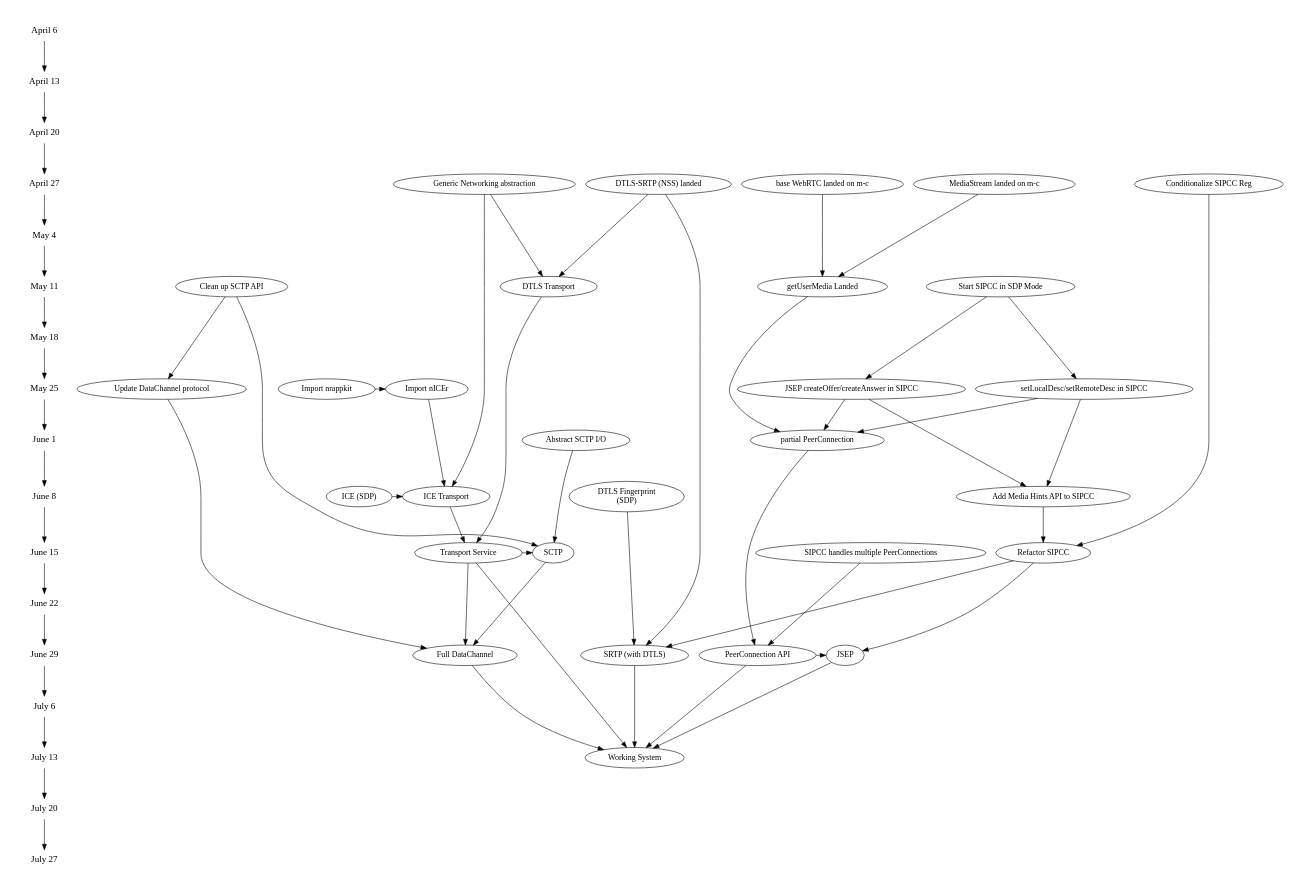
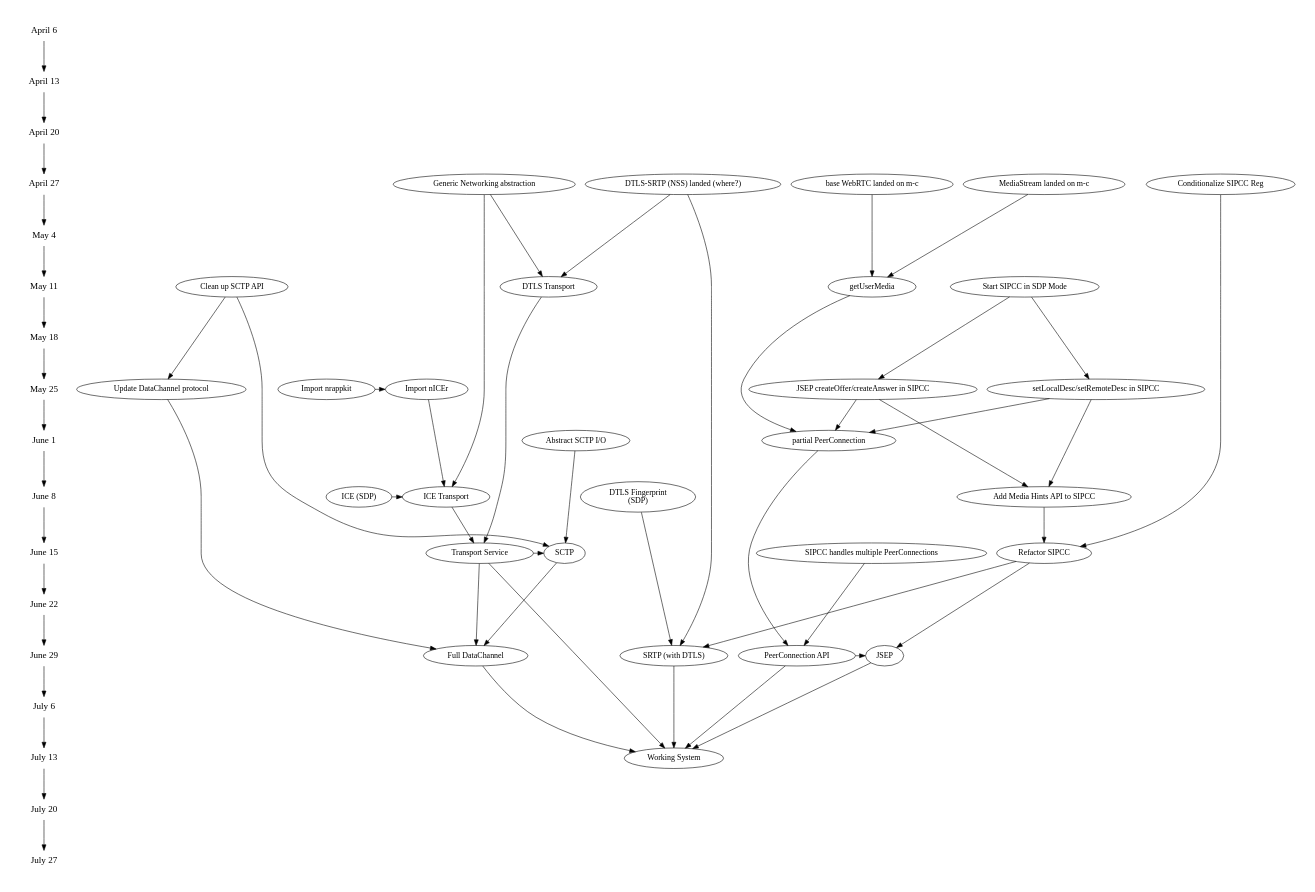
The diagram in planning/webrtc.dot (mozilla/webrtc), drawn with Graphviz before and after one commit. The commit also changed 1 other file, not shown here.

```diff
--- a/planning/webrtc.dot
+++ b/planning/webrtc.dot
@@ -1,98 +1,98 @@
 digraph G {
 ranksep=.75; size = "7.5,7.5";
 {
 node [shape=plaintext, fontsize=16]; /* the time-line graph */ 
      "April 6" -> "April 13"-> "April 20"-> "April 27"-> "May 4"-> "May 11"-> "May 18"-> "May 25"-> "June 1"-> "June 8"-> "June 15"-> "June 22"-> "June 29"-> "July 6"-> "July 13"-> "July 20"-> "July 27"
 }
 
 	{rank = same; "April 27";
 	   webrtc [label = "base WebRTC landed on m-c"];
 	   mediastream [label = "MediaStream landed on m-c"];
 	   genericio [label = "Generic Networking abstraction"]
-	   dtlssrtp [label = "DTLS-SRTP (NSS) landed"]
+	   dtlssrtp [label = "DTLS-SRTP (NSS) landed (where?)"]
 	   sipccnoreg [ label = "Conditionalize SIPCC Reg"]
         }
 
 	{rank = same; "May 11";
-	   getusermedia [label = "getUserMedia Landed"]
+	   getusermedia [label = "getUserMedia"]
 	   dtlstransport [label = "DTLS Transport" ];
 	   sctpupdate [label = "Clean up SCTP API"];
 	   sipccsdp [ label = "Start SIPCC in SDP Mode"];
 	}
 	dtlssrtp -> dtlstransport
 	genericio -> dtlstransport
 	
 	{rank = same; "May 25";
 	   nicer [label = "Import nICEr"];
 	   nrappkit [label = "Import nrappkit"];
            sipccjsep [ label = "JSEP createOffer/createAnswer in SIPCC"];
 	   sipccsetdesc [ label = "setLocalDesc/setRemoteDesc in SIPCC"];
 	   datachannelupdate [label = "Update DataChannel protocol"];
         }	   	   
 	nrappkit -> nicer
         sipccsdp -> sipccjsep
         sipccsdp->sipccsetdesc
 
 	{rank = same; "June 1";
 	   peerconnection_first [label = "partial PeerConnection"];
 	   sctpio [ label = "Abstract SCTP I/O"]
         }
 	sipccjsep -> peerconnection_first
 	sipccsetdesc -> peerconnection_first
 	getusermedia -> peerconnection_first
 
 	{rank = same; "June 8";
 	   icetransport [ label = "ICE Transport"];
 	   dtlsfingerprint [ label = "DTLS Fingerprint\n(SDP)"];
 	   iceparams [label = "ICE (SDP)"];
            sipccmediahints [ label = "Add Media Hints API to SIPCC"];
 	}
 
 	nicer -> icetransport
         sipccjsep -> sipccmediahints
         sipccsetdesc -> sipccmediahints
 	genericio -> icetransport
 	iceparams -> icetransport
 
 	{rank = same; "June 15";
 	   transport [label = "Transport Service"];
 	   sctp [label = "SCTP"];
 	   sipccrefactor [label = "Refactor SIPCC"];
            sipccmultipeerconn [label = "SIPCC handles multiple PeerConnections"]
 	 } 
 	 sipccnoreg -> sipccrefactor
 	 sipccmediahints -> sipccrefactor
 	 sipccrefactor -> "JSEP"
 	 dtlstransport -> transport
 	 icetransport -> transport
 
         {rank = same; "June 29"; 
 	   peerconnection [label = "PeerConnection API"]; JSEP;
 	   datachannel [label = "Full DataChannel"];
 	   srtp [label = "SRTP (with DTLS)"] }
         dtlsfingerprint -> srtp
 	dtlssrtp -> srtp
 	sipccrefactor -> srtp
         sipccmultipeerconn -> peerconnection
 
         {rank = same; "July 13"; 
 	   working [ label = "Working System" ] }
 	
         mediastream->getusermedia
 	webrtc->getusermedia
 	
 	transport -> working
 	transport -> datachannel
 	peerconnection_first -> peerconnection
 	peerconnection -> working
 	peerconnection -> "JSEP"
 	"JSEP" -> working
 	sctpio-> sctp
 	sctpupdate -> sctp
 	sctpupdate -> datachannelupdate
 	datachannelupdate -> datachannel
 	sctp -> datachannel
 	transport ->sctp
 	datachannel -> working
 	srtp -> working
 }
```
